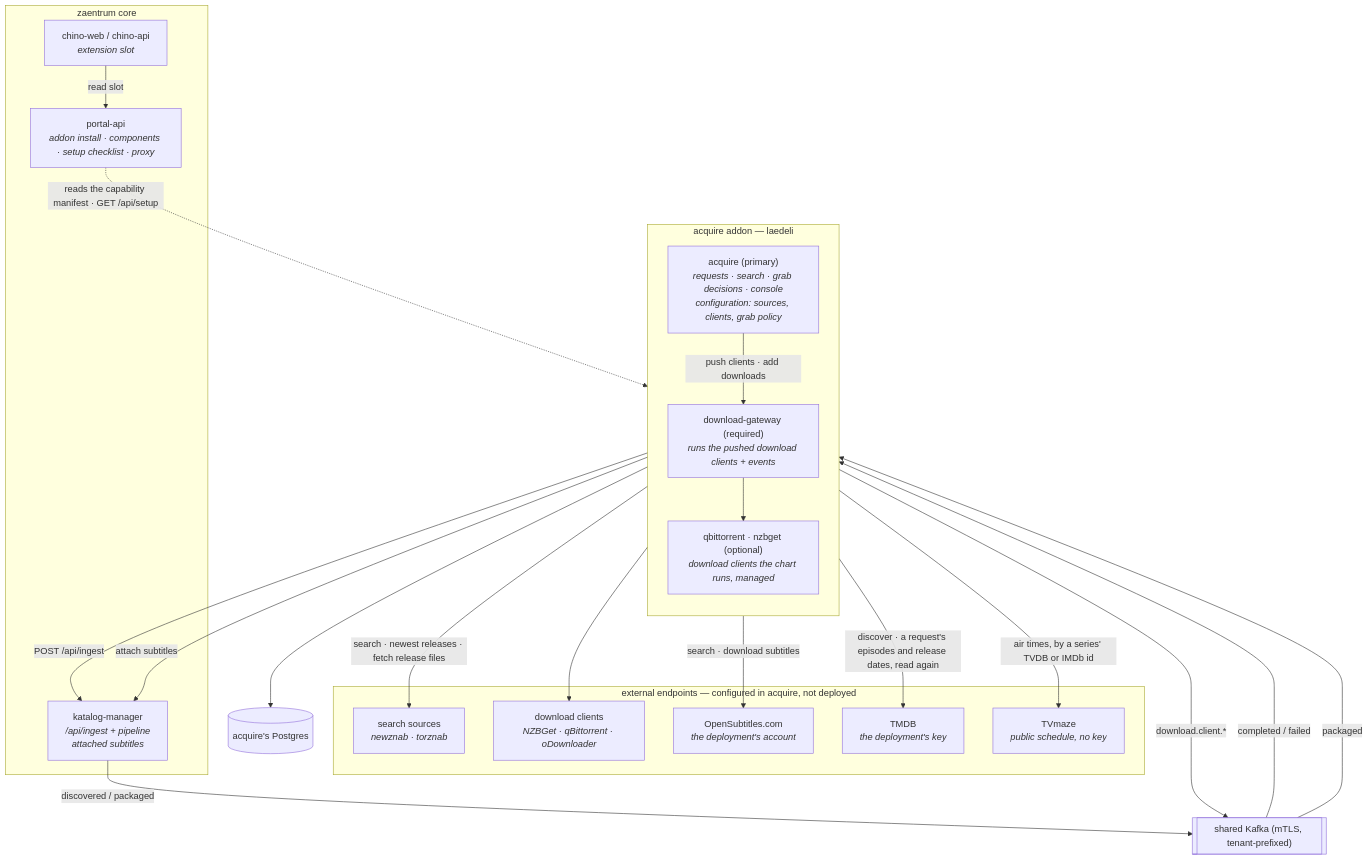
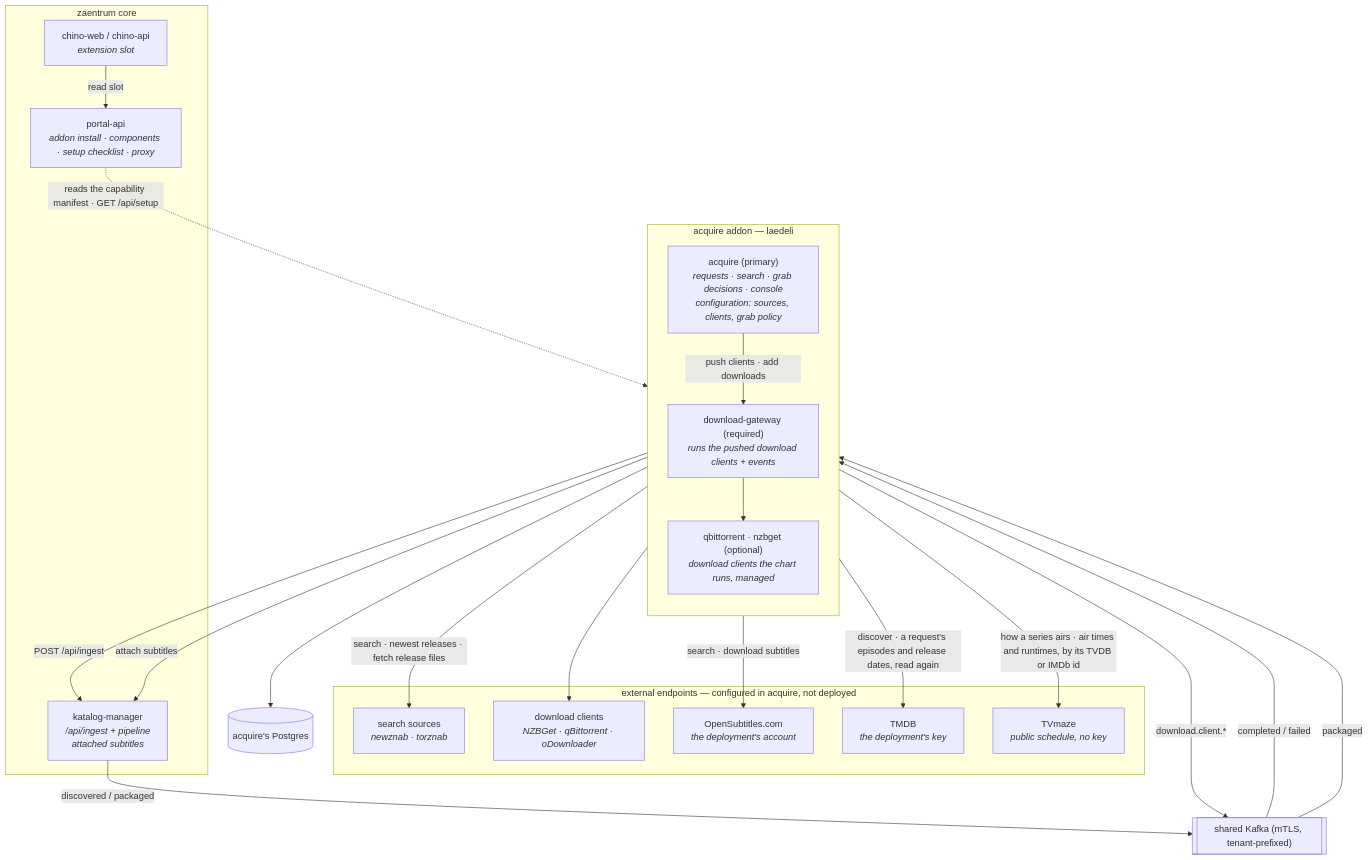
One commit to laedeli/acquire changed the second of 2 diagrams in docs/architecture.md. Above: the diagram before and after it, drawn with Mermaid. The commit also changed 3 other files, not shown here.

````diff
--- a/docs/architecture.md
+++ b/docs/architecture.md
@@ -162,40 +162,40 @@
 ```mermaid
 flowchart TB
     subgraph addon["acquire addon — laedeli"]
         direction TB
         ACQ["acquire (primary)<br/><i>requests · search · grab decisions · console<br/>configuration: sources, clients, grab policy</i>"]
         GW["download-gateway (required)<br/><i>runs the pushed download clients + events</i>"]
         MDC["qbittorrent · nzbget (optional)<br/><i>download clients the chart runs, managed</i>"]
     end
     subgraph external["external endpoints — configured in acquire, not deployed"]
         SRC["search sources<br/><i>newznab · torznab</i>"]
         DC["download clients<br/><i>NZBGet · qBittorrent · oDownloader</i>"]
         OS["OpenSubtitles.com<br/><i>the deployment's account</i>"]
         TM["TMDB<br/><i>the deployment's key</i>"]
         TVM["TVmaze<br/><i>public schedule, no key</i>"]
     end
     subgraph coreapp["zaentrum core"]
         POR["portal-api<br/><i>addon install · components · setup checklist · proxy</i>"]
         WEB["chino-web / chino-api<br/><i>extension slot</i>"]
         KMG["katalog-manager<br/><i>/api/ingest + pipeline<br/>attached subtitles</i>"]
     end
     DB[("acquire's Postgres")]
     BUS[["shared Kafka (mTLS, tenant-prefixed)"]]
 
     POR -.->|"reads the capability manifest · GET /api/setup"| ACQ
     WEB -->|"read slot"| POR
     ACQ --> DB
     ACQ -->|"search · newest releases · fetch release files"| SRC
     ACQ -->|"discover · a request's episodes and release dates, read again"| TM
-    ACQ -->|"air times, by a series' TVDB or IMDb id"| TVM
+    ACQ -->|"how a series airs · air times and runtimes, by its TVDB or IMDb id"| TVM
     ACQ -->|"push clients · add downloads"| GW
     GW --> DC
     GW --> MDC
     GW -->|"download.client.*"| BUS
     BUS -->|"completed / failed"| ACQ
     ACQ -->|"POST /api/ingest"| KMG
     ACQ -->|"search · download subtitles"| OS
     ACQ -->|"attach subtitles"| KMG
     KMG -->|"discovered / packaged"| BUS
     BUS -->|"packaged"| ACQ
 ```
````
